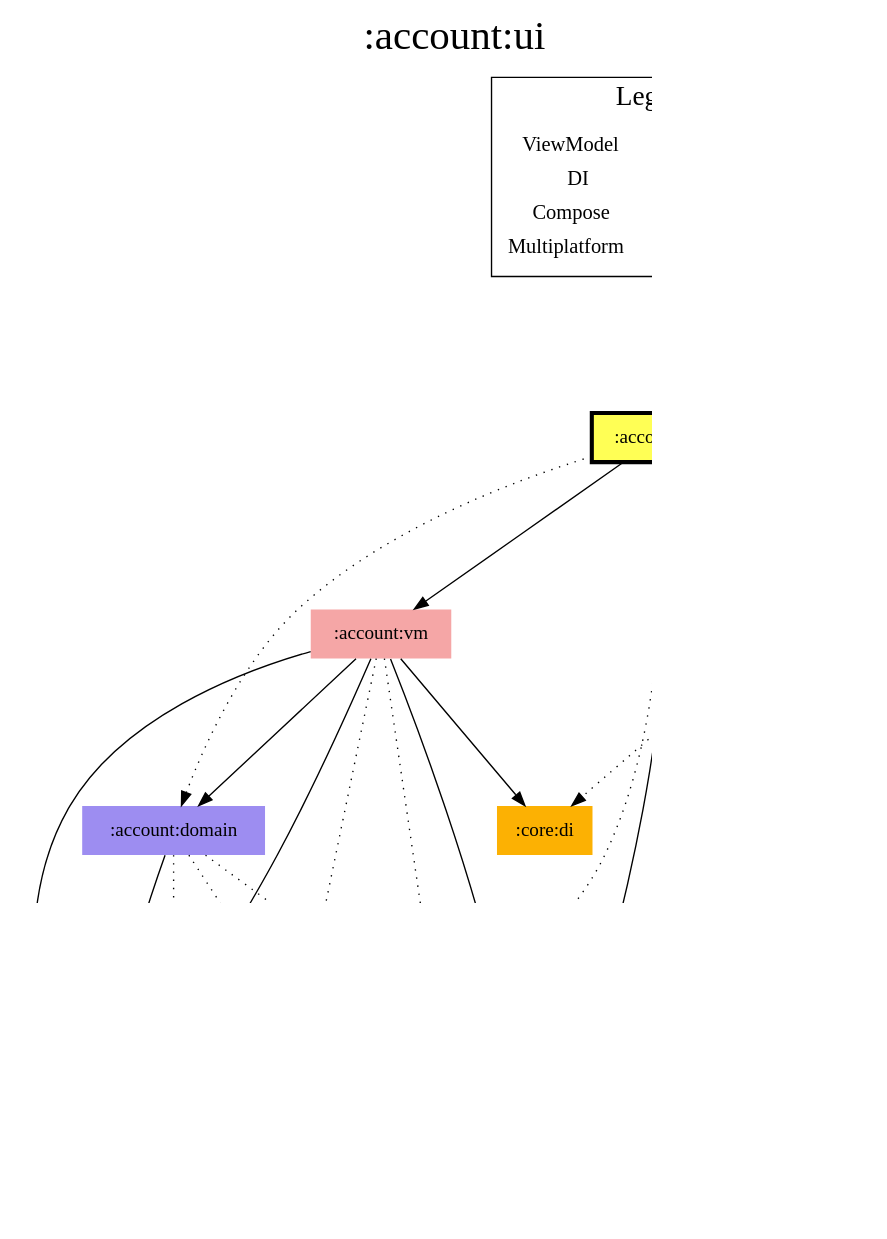
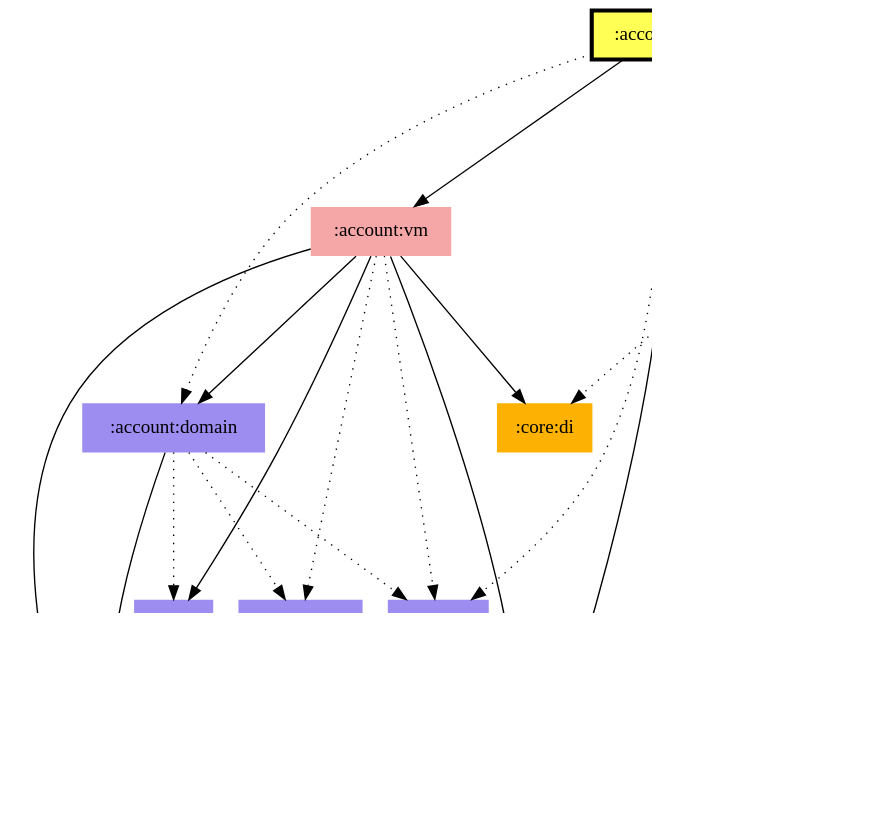
One commit to jonapoul/aktual changed the diagram in modules/account/ui/modules.dot. Above: the diagram before and after it, drawn with Graphviz. The commit also changed 96 other files, not shown here.

First line of the commit message:
Rework diagram generation (#465)

```diff
--- a/modules/account/ui/modules.dot
+++ b/modules/account/ui/modules.dot
@@ -1,62 +1,45 @@
 digraph {
 edge ["dir"="forward"]
-graph ["dpi"="100","label"=":account:ui","labelloc"="t","fontsize"="30","ranksep"="1.5","rankdir"="TB"]
+graph ["dpi"="100","fontsize"="30","ranksep"="1.5","rankdir"="TB"]
 node ["style"="filled"]
 ":account:domain" ["fillcolor"="#9D8DF1","shape"="none"]
 ":account:model" ["fillcolor"="#9D8DF1","shape"="none"]
 ":account:ui" ["fillcolor"="#FFFF55","color"="black","penwidth"="3","shape"="box"]
 ":account:vm" ["fillcolor"="#F5A6A6","shape"="none"]
 ":api:actual" ["fillcolor"="#9D8DF1","shape"="none"]
 ":budget:model" ["fillcolor"="#9D8DF1","shape"="none"]
 ":codegen:annotation" ["fillcolor"="#9D8DF1","shape"="none"]
 ":core:di" ["fillcolor"="#FCB103","shape"="none"]
 ":core:model" ["fillcolor"="#9D8DF1","shape"="none"]
 ":core:ui" ["fillcolor"="#FFFF55","shape"="none"]
 ":l10n" ["fillcolor"="#9D8DF1","shape"="none"]
 ":logging" ["fillcolor"="#9D8DF1","shape"="none"]
 ":prefs" ["fillcolor"="#9D8DF1","shape"="none"]
-{
-edge ["dir"="none"]
-graph ["rank"="same"]
-":account:ui"
-}
 ":account:domain" -> ":account:model"
 ":account:domain" -> ":api:actual" ["style"="dotted"]
 ":account:domain" -> ":logging" ["style"="dotted"]
 ":account:domain" -> ":prefs" ["style"="dotted"]
 ":account:ui" -> ":account:domain" ["style"="dotted"]
 ":account:ui" -> ":account:vm"
 ":account:ui" -> ":core:model"
 ":account:ui" -> ":core:ui"
 ":account:ui" -> ":l10n" ["style"="dotted"]
 ":account:ui" -> ":logging" ["style"="dotted"]
 ":account:vm" -> ":account:domain"
 ":account:vm" -> ":account:model"
 ":account:vm" -> ":api:actual" ["style"="dotted"]
 ":account:vm" -> ":core:di"
 ":account:vm" -> ":core:model"
 ":account:vm" -> ":logging" ["style"="dotted"]
 ":account:vm" -> ":prefs"
 ":api:actual" -> ":account:model"
 ":api:actual" -> ":budget:model"
 ":api:actual" -> ":codegen:annotation" ["style"="dotted"]
 ":api:actual" -> ":core:model"
 ":core:ui" -> ":budget:model"
 ":core:ui" -> ":core:di" ["style"="dotted"]
 ":core:ui" -> ":core:model"
 ":core:ui" -> ":l10n" ["style"="dotted"]
 ":prefs" -> ":account:model"
 ":prefs" -> ":core:model"
-subgraph "cluster_legend" {
-edge ["dir"="none"]
-graph ["label"="Legend","fontsize"="20"]
-"Legend" ["style"="filled","fillcolor"="#FFFFFF","shape"="none","margin"="0","fontsize"="15","label"=<
-<TABLE BORDER="0" CELLBORDER="0" CELLSPACING="0" CELLPADDING="4">
-<TR><TD>ViewModel</TD><TD BGCOLOR="#F5A6A6">module-name</TD></TR>
-<TR><TD>DI</TD><TD BGCOLOR="#FCB103">module-name</TD></TR>
-<TR><TD>Compose</TD><TD BGCOLOR="#FFFF55">module-name</TD></TR>
-<TR><TD>Multiplatform</TD><TD BGCOLOR="#9D8DF1">module-name</TD></TR>
-</TABLE>
->]
-} -> ":account:ui" ["style"="invis"]
 }
```
